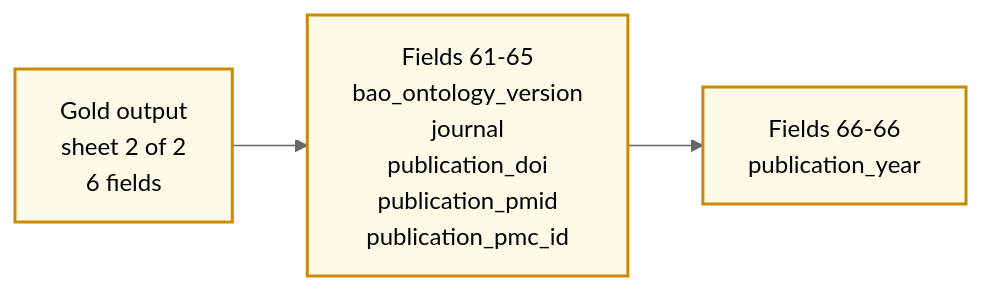
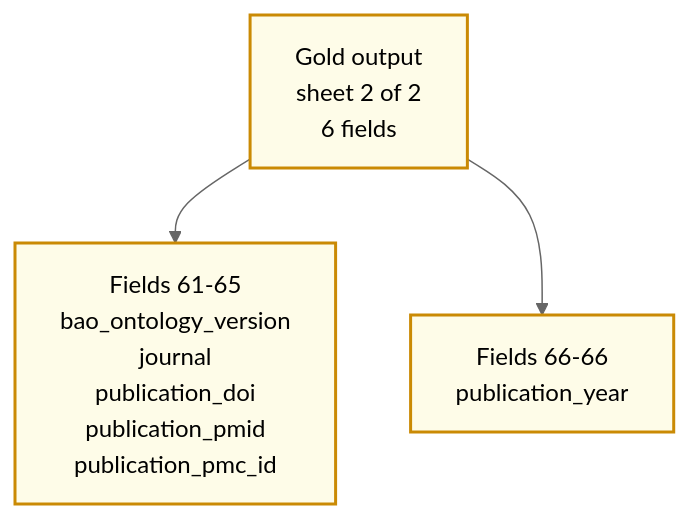
One commit to SatoryKono/BioactivityDataAcquisition changed the diagram in docs/02-architecture/diagrams/architecture/52b-chembl-activity-gold-fields-2.mmd. Above: the diagram before and after it, drawn with Mermaid. The commit also changed 6 other files, not shown here.

Commit message:
fix(diagrams): improve chembl field sheet layout

```diff
--- a/docs/02-architecture/diagrams/architecture/52b-chembl-activity-gold-fields-2.mmd
+++ b/docs/02-architecture/diagrams/architecture/52b-chembl-activity-gold-fields-2.mmd
@@ -1,25 +1,26 @@
 %% BioETL — ChEMBL Activity Gold Output Fields 2 Of 2
 %% Generated from the resolved chembl_activity configuration and contracts.
 
 %% @version 1.0.0
 %% @date    2026-07-18
 %% @type    flowchart
 %% @level   Pipeline / Gold Contract
 %% @nodes   3
 %% @adr     ADR-002, ADR-040
 %%{init: {'theme': 'neutral', 'themeVariables': {'fontFamily': 'Inter, system-ui', 'lineWidth': '2'}}}%%
-flowchart LR
+flowchart TB
     Layer["Gold output<br/>sheet 2 of 2<br/>6 fields"]
     Fields1["Fields 61-65<br/>bao_ontology_version<br/>journal<br/>publication_doi<br/>publication_pmid<br/>publication_pmc_id"]
     Fields2["Fields 66-66<br/>publication_year"]
 
-    Layer --> Fields1 --> Fields2
+    Layer --> Fields1
+    Layer --> Fields2
 
     class Layer,Fields1,Fields2 gold
     classDef source fill:#f1f5f9,stroke:#64748b,stroke-width:2px
     classDef process fill:#f0fdf4,stroke:#16a34a,stroke-width:2px
     classDef bronze fill:#fff7ed,stroke:#f59e0b,stroke-width:2px
     classDef silver fill:#f8fafc,stroke:#475569,stroke-width:2px
     classDef gold fill:#fefce8,stroke:#ca8a04,stroke-width:2px
     classDef dq fill:#f5f3ff,stroke:#7c3aed,stroke-width:2px
     classDef warning fill:#fff1f2,stroke:#dc2626,stroke-width:2px
```
